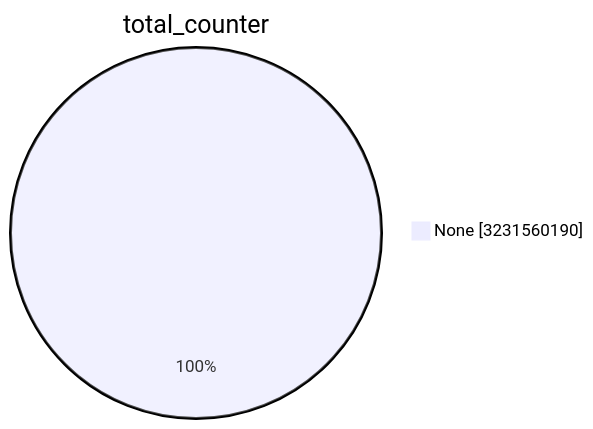
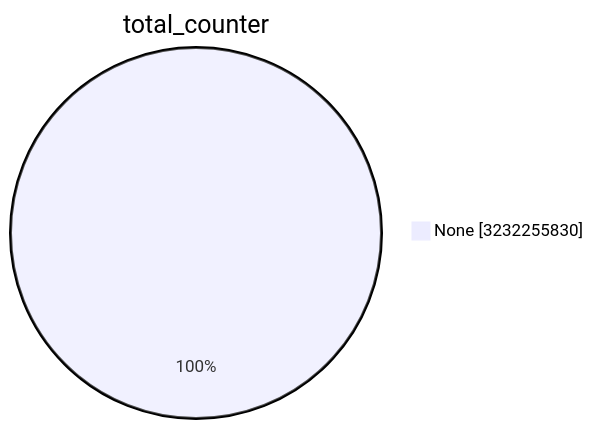
One commit to christiankrug/ctmonitor_visualization changed the first of 15 diagrams in TOTAL/README.md. Above: the diagram before and after it, drawn with Mermaid. The commit also changed other lines of this file, not shown here.

````diff
--- a/TOTAL/README.md
+++ b/TOTAL/README.md
@@ -1,5 +1,5 @@
 ```mermaid
 pie showData
 title total_counter
-"None" :3231560190
+"None" :3232255830
 ```
````
